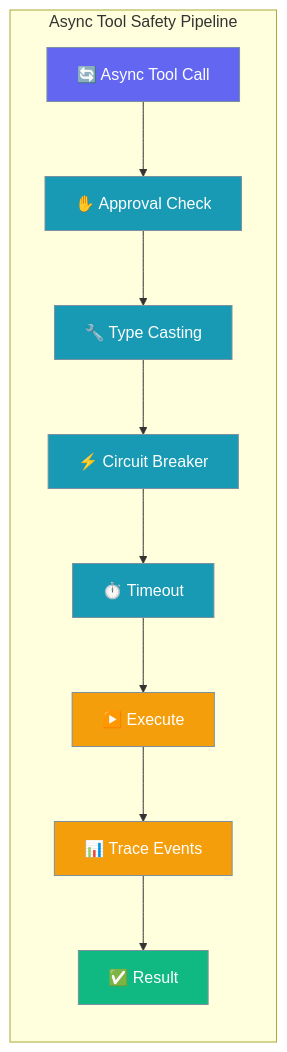
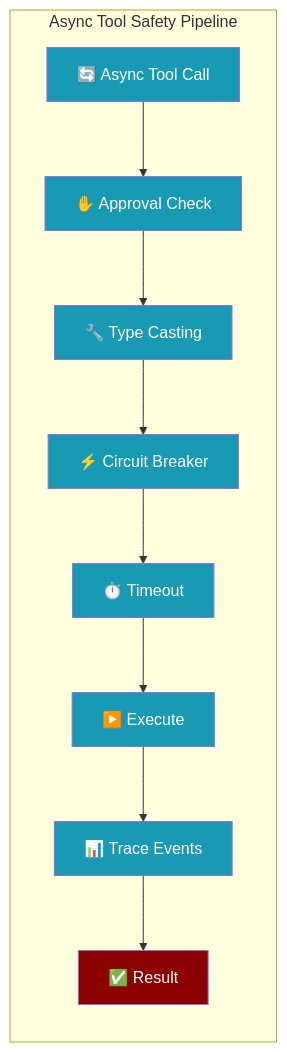
One commit to MervinPraison/PraisonAIDocs changed the first of 3 diagrams in docs/features/async-tool-safety.mdx. Above: the diagram before and after it, drawn with Mermaid. The commit also changed 24 other files, not shown here.

````diff
--- a/docs/features/async-tool-safety.mdx
+++ b/docs/features/async-tool-safety.mdx
@@ -10,22 +10,18 @@
 ```mermaid
 graph LR
     subgraph "Async Tool Safety Pipeline"
         Call[🔄 Async Tool Call] --> Approval[✋ Approval Check]
         Approval --> Cast[🔧 Type Casting]
         Cast --> Breaker[⚡ Circuit Breaker]
         Breaker --> Timeout[⏱️ Timeout]
         Timeout --> Execute[▶️ Execute]
         Execute --> Events[📊 Trace Events]
         Events --> Result[✅ Result]
     end
     
-    classDef input fill:#6366F1,stroke:#7C90A0,color:#fff
-    classDef safety fill:#189AB4,stroke:#7C90A0,color:#fff
-    classDef execution fill:#F59E0B,stroke:#7C90A0,color:#fff
-    classDef output fill:#10B981,stroke:#7C90A0,color:#fff
+    classDef agent fill:#8B0000,color:#fff
+    classDef tool fill:#189AB4,color:#fff
     
-    class Call input
-    class Approval,Cast,Breaker,Timeout safety
-    class Execute,Events execution
-    class Result output
+    class Result agent
+    class Call,Approval,Cast,Breaker,Timeout,Execute,Events tool
 ```
````
